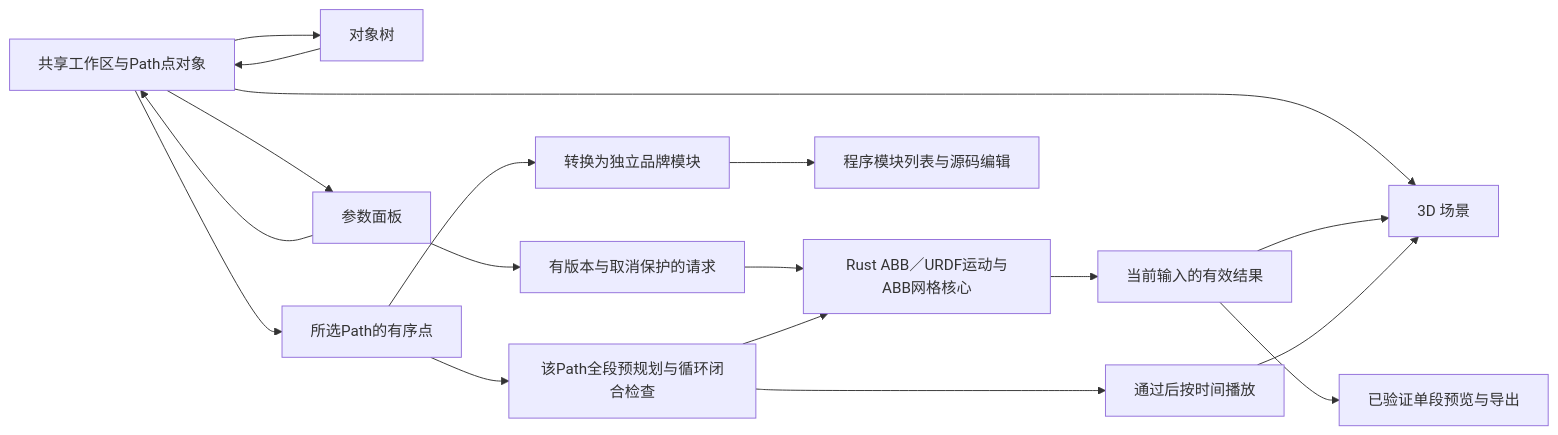
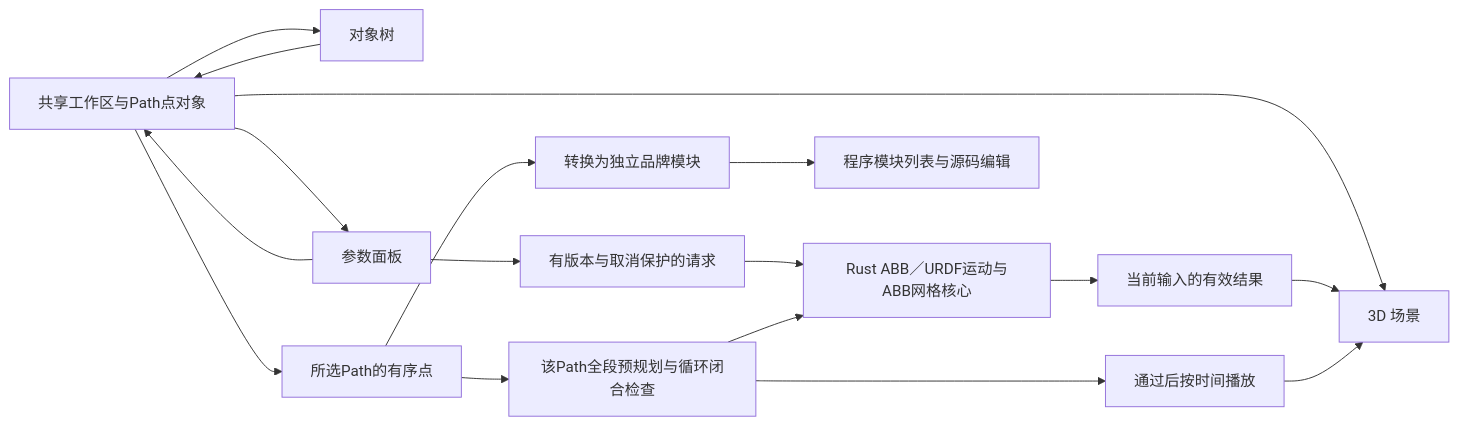
Before and after one commit to ecojust/emulation: the diagram in docs/workspace-architecture.md, drawn with Mermaid. The commit also changed other lines of this file and 33 other files, not shown here.

````diff
--- a/docs/workspace-architecture.md
+++ b/docs/workspace-architecture.md
@@ -30,20 +32,19 @@
 ```mermaid
 flowchart LR
     W[共享工作区与Path点对象] --> L[对象树]
     W --> S[3D 场景]
     W --> I[参数面板]
     I --> Q[有版本与取消保护的请求]
     Q --> R[Rust ABB／URDF运动与ABB网格核心]
     R --> V[当前输入的有效结果]
     V --> S
     W --> P[所选Path的有序点]
     P --> M[转换为独立品牌模块]
     M --> C[程序模块列表与源码编辑]
     P --> T[该Path全段预规划与循环闭合检查]
     T --> R
     T --> A[通过后按时间播放]
     A --> S
-    V --> E[已验证单段预览与导出]
     I --> W
     L --> W
 ```
````
